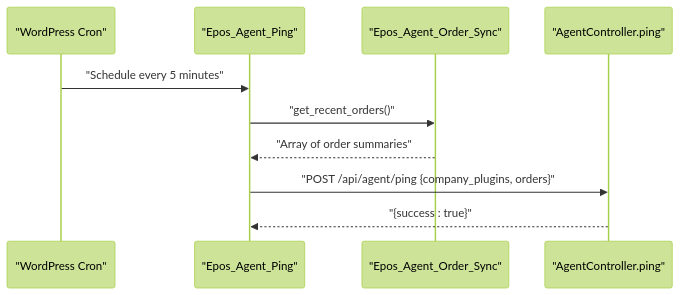
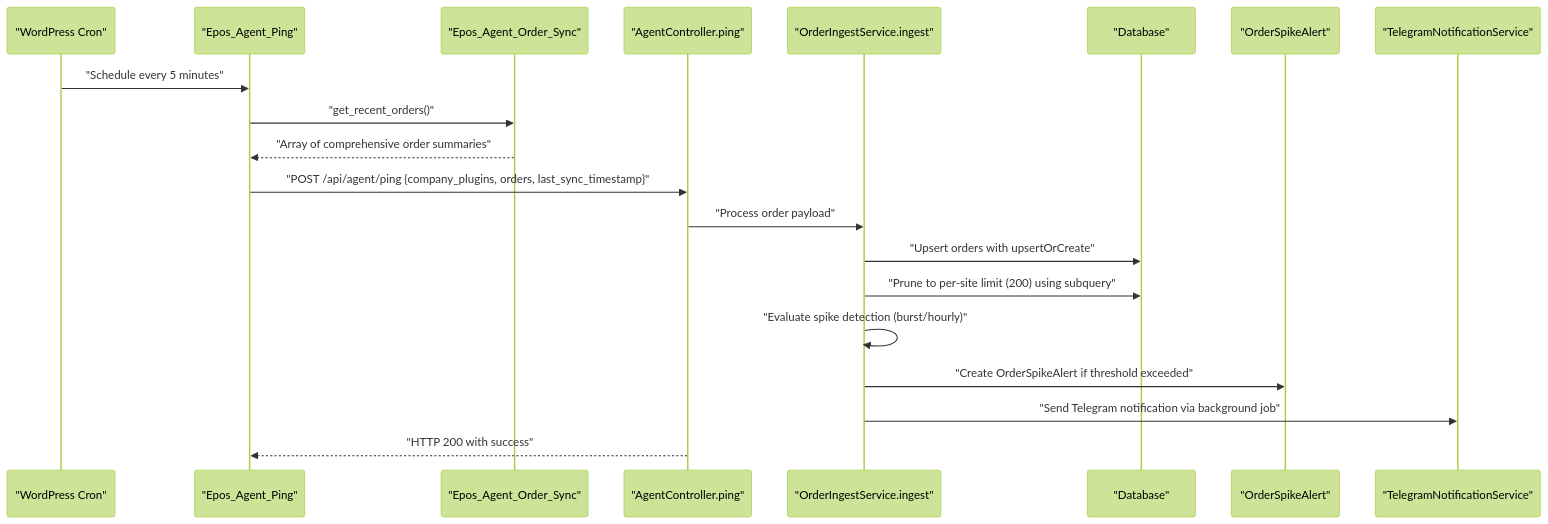
The second of 5 diagrams in .qoder/repowiki/en/content/WordPress Agent Integration/Order Synchronization.md (FCS-WP/website_portal), drawn with Mermaid (forest theme) before and after one commit. The commit also changed other lines of this file and 30 other files, not shown here.

````diff
--- a/.qoder/repowiki/en/content/WordPress Agent Integration/Order Synchronization.md
+++ b/.qoder/repowiki/en/content/WordPress Agent Integration/Order Synchronization.md
@@ -103,12 +175,22 @@
 ```mermaid
 sequenceDiagram
 participant Cron as "WordPress Cron"
 participant Ping as "Epos_Agent_Ping"
 participant Sync as "Epos_Agent_Order_Sync"
 participant Portal as "AgentController.ping"
+participant Ingest as "OrderIngestService.ingest"
+participant DB as "Database"
+participant Alert as "OrderSpikeAlert"
+participant Telegram as "TelegramNotificationService"
 Cron->>Ping : "Schedule every 5 minutes"
 Ping->>Sync : "get_recent_orders()"
-Sync-->>Ping : "Array of order summaries"
-Ping->>Portal : "POST /api/agent/ping {company_plugins, orders}"
-Portal-->>Ping : "{success : true}"
+Sync-->>Ping : "Array of comprehensive order summaries"
+Ping->>Portal : "POST /api/agent/ping {company_plugins, orders, last_sync_timestamp}"
+Portal->>Ingest : "Process order payload"
+Ingest->>DB : "Upsert orders with upsertOrCreate"
+Ingest->>DB : "Prune to per-site limit (200) using subquery"
+Ingest->>Ingest : "Evaluate spike detection (burst/hourly)"
+Ingest->>Alert : "Create OrderSpikeAlert if threshold exceeded"
+Ingest->>Telegram : "Send Telegram notification via background job"
+Portal-->>Ping : "HTTP 200 with success"
 ```
````
